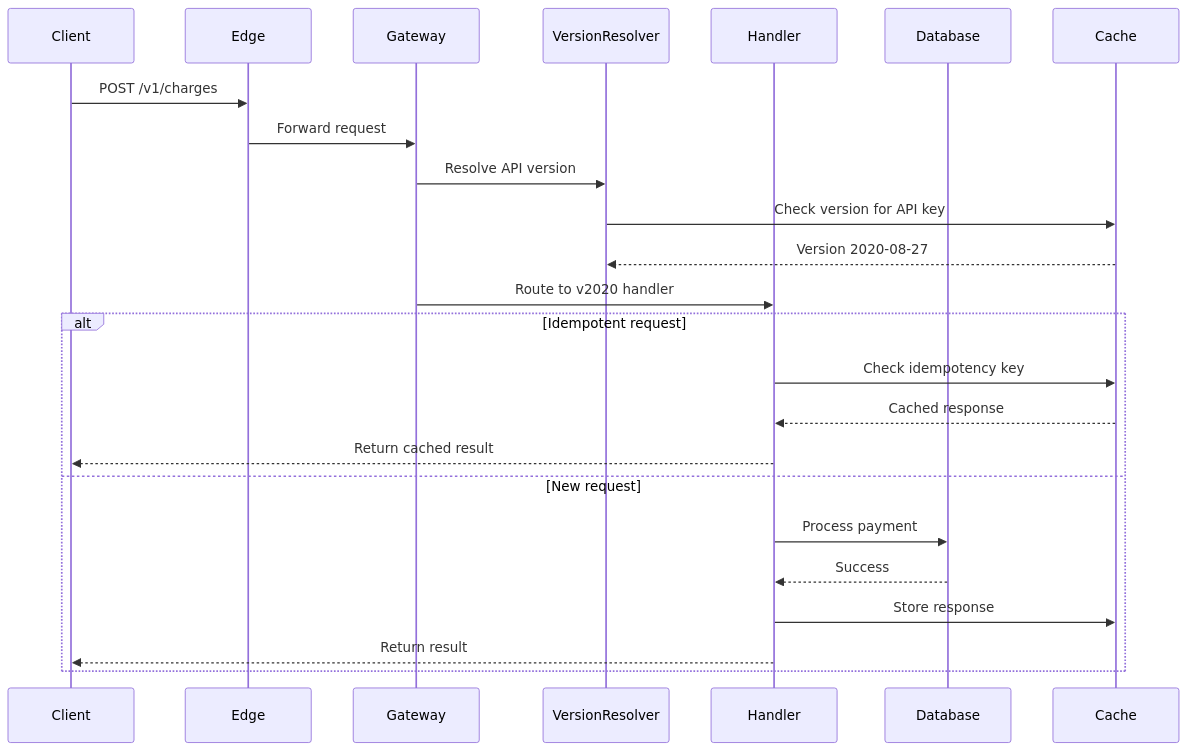
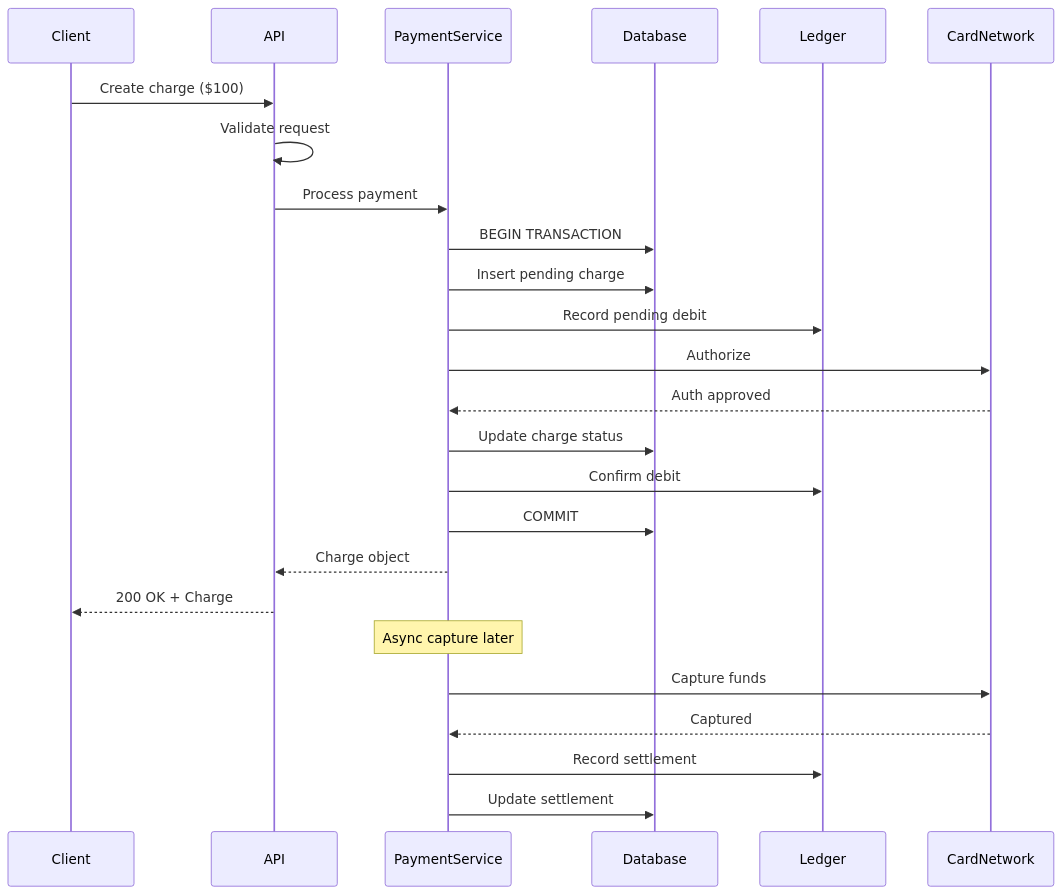
One commit to deepaucksharma/DStudio changed the fifth of 8 diagrams in docs/case-studies/elite-engineering/stripe-api-excellence.md. Above: the diagram before and after it, drawn with Mermaid. The commit also changed other lines of this file and 23 other files, not shown here.

````diff
--- a/docs/case-studies/elite-engineering/stripe-api-excellence.md
+++ b/docs/case-studies/elite-engineering/stripe-api-excellence.md
@@ -225,29 +395,35 @@
 ```mermaid
 sequenceDiagram
     participant Client
-    participant Edge
-    participant Gateway
-    participant VersionResolver
-    participant Handler
+    participant API
+    participant PaymentService
     participant Database
-    participant Cache
+    participant Ledger
+    participant CardNetwork
     
-    Client->>Edge: POST /v1/charges
-    Edge->>Gateway: Forward request
-    Gateway->>VersionResolver: Resolve API version
-    VersionResolver->>Cache: Check version for API key
-    Cache-->>VersionResolver: Version 2020-08-27
+    Client->>API: Create charge ($100)
+    API->>API: Validate request
+    API->>PaymentService: Process payment
     
-    Gateway->>Handler: Route to v2020 handler
+    PaymentService->>Database: BEGIN TRANSACTION
+    PaymentService->>Database: Insert pending charge
+    PaymentService->>Ledger: Record pending debit
     
-    alt Idempotent request
-        Handler->>Cache: Check idempotency key
-        Cache-->>Handler: Cached response
-        Handler-->>Client: Return cached result
-    else New request
-        Handler->>Database: Process payment
-        Database-->>Handler: Success
-        Handler->>Cache: Store response
-        Handler-->>Client: Return result
-    end
+    PaymentService->>CardNetwork: Authorize
+    CardNetwork-->>PaymentService: Auth approved
+    
+    PaymentService->>Database: Update charge status
+    PaymentService->>Ledger: Confirm debit
+    PaymentService->>Database: COMMIT
+    
+    PaymentService-->>API: Charge object
+    API-->>Client: 200 OK + Charge
+    
+    Note over PaymentService: Async capture later
+    
+    PaymentService->>CardNetwork: Capture funds
+    CardNetwork-->>PaymentService: Captured
+    
+    PaymentService->>Ledger: Record settlement
+    PaymentService->>Database: Update settlement
 ```
````
